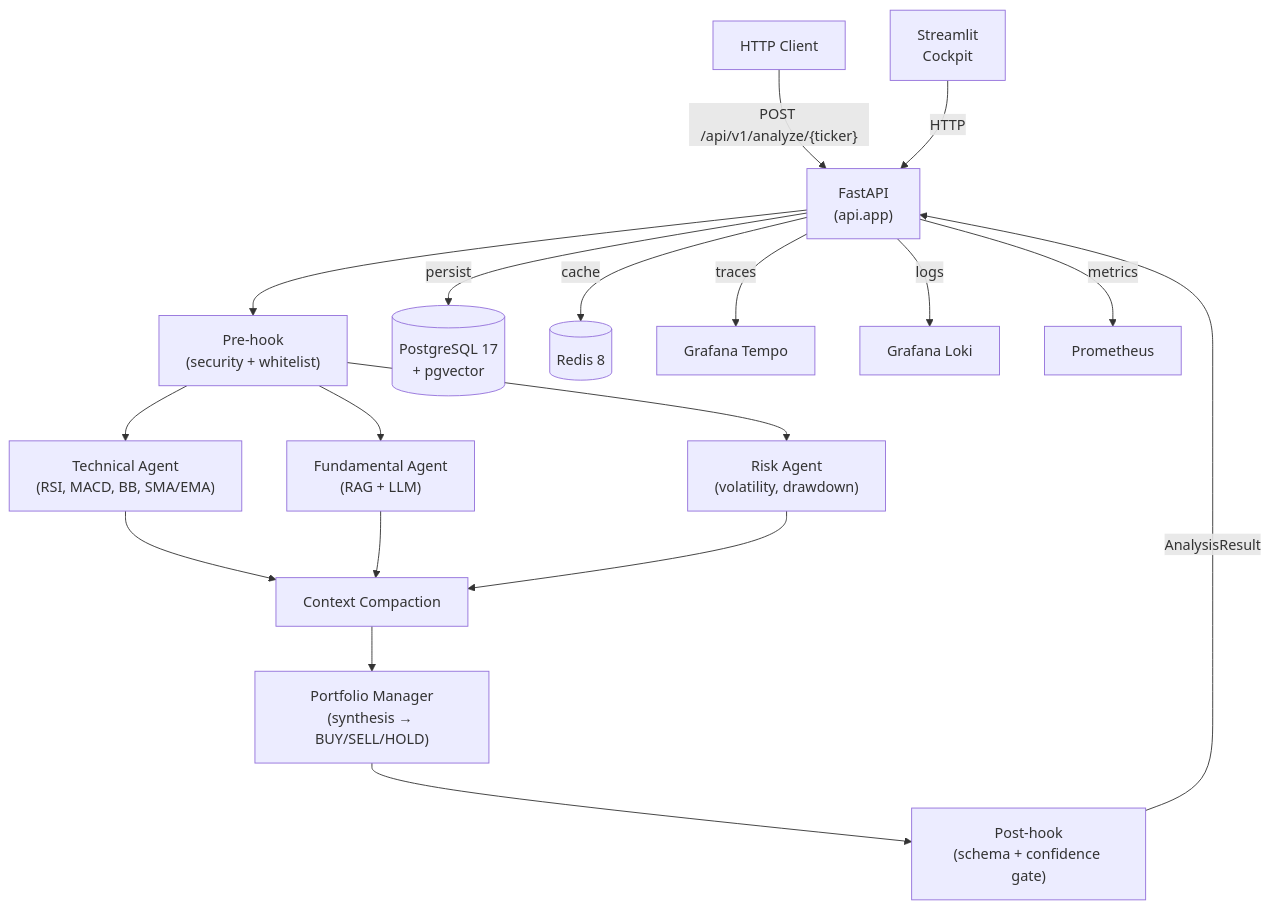
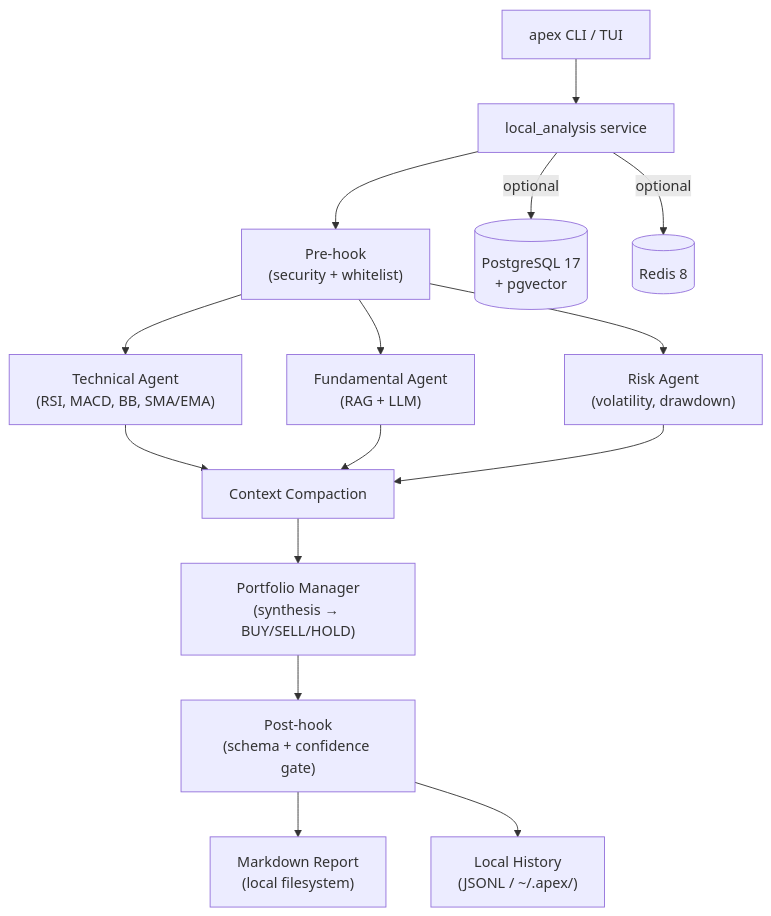
Before and after one commit to EnesDemir143/apex: the diagram in README.md, drawn with Mermaid. The commit also changed other lines of this file and 3 other files, not shown here.

````diff
--- a/README.md
+++ b/README.md
@@ -13,22 +66,18 @@
 ```mermaid
 graph TD
-    Client["HTTP Client"] -->|"POST /api/v1/analyze/{ticker}"| API["FastAPI\n(api.app)"]
-    API --> PreHook["Pre-hook\n(security + whitelist)"]
+    CLI["apex CLI / TUI"] --> LocalAnalysis["local_analysis service"]
+    LocalAnalysis --> PreHook["Pre-hook\n(security + whitelist)"]
     PreHook --> Tech["Technical Agent\n(RSI, MACD, BB, SMA/EMA)"]
     PreHook --> Fund["Fundamental Agent\n(RAG + LLM)"]
     PreHook --> Risk["Risk Agent\n(volatility, drawdown)"]
     Tech --> Compact["Context Compaction"]
     Fund --> Compact
     Risk --> Compact
     Compact --> PM["Portfolio Manager\n(synthesis → BUY/SELL/HOLD)"]
     PM --> PostHook["Post-hook\n(schema + confidence gate)"]
-    PostHook -->|AnalysisResult| API
+    PostHook --> Report["Markdown Report\n(local filesystem)"]
+    PostHook --> History["Local History\n(JSONL / ~/.apex/)"]
 
-    API -->|persist| PG[("PostgreSQL 17\n+ pgvector")]
-    API -->|cache| Redis[("Redis 8")]
-    API -->|traces| Tempo["Grafana Tempo"]
-    API -->|logs| Loki["Grafana Loki"]
-    API -->|metrics| Prom["Prometheus"]
-
-    Frontend["Streamlit\nCockpit"] -->|HTTP| API
+    LocalAnalysis -->|"optional"| PG[("PostgreSQL 17\n+ pgvector")]
+    LocalAnalysis -->|"optional"| Redis[("Redis 8")]
 ```
````
